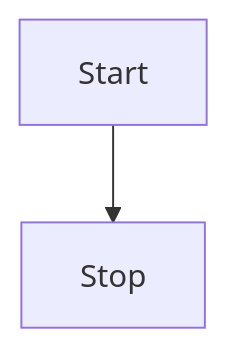
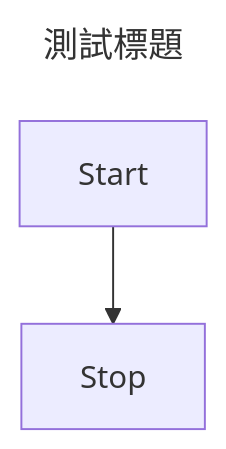
The eighth of 8 diagrams in _posts/1970-note/1970-01-01-note-mermaid.md (poychang/blog.poychang.net), drawn with Mermaid before and after one commit. The commit also changed other lines of this file, not shown here.

````diff
--- a/_posts/1970-note/1970-01-01-note-mermaid.md
+++ b/_posts/1970-note/1970-01-01-note-mermaid.md
@@ -19,4 +146,11 @@
 ```mermaid
+---
+title: 測試標題
+subtitle: 測試副標題
+description: |
+  測試描述
+  測試描述
+---
 flowchart TD
     Start --> Stop
 ```
````
